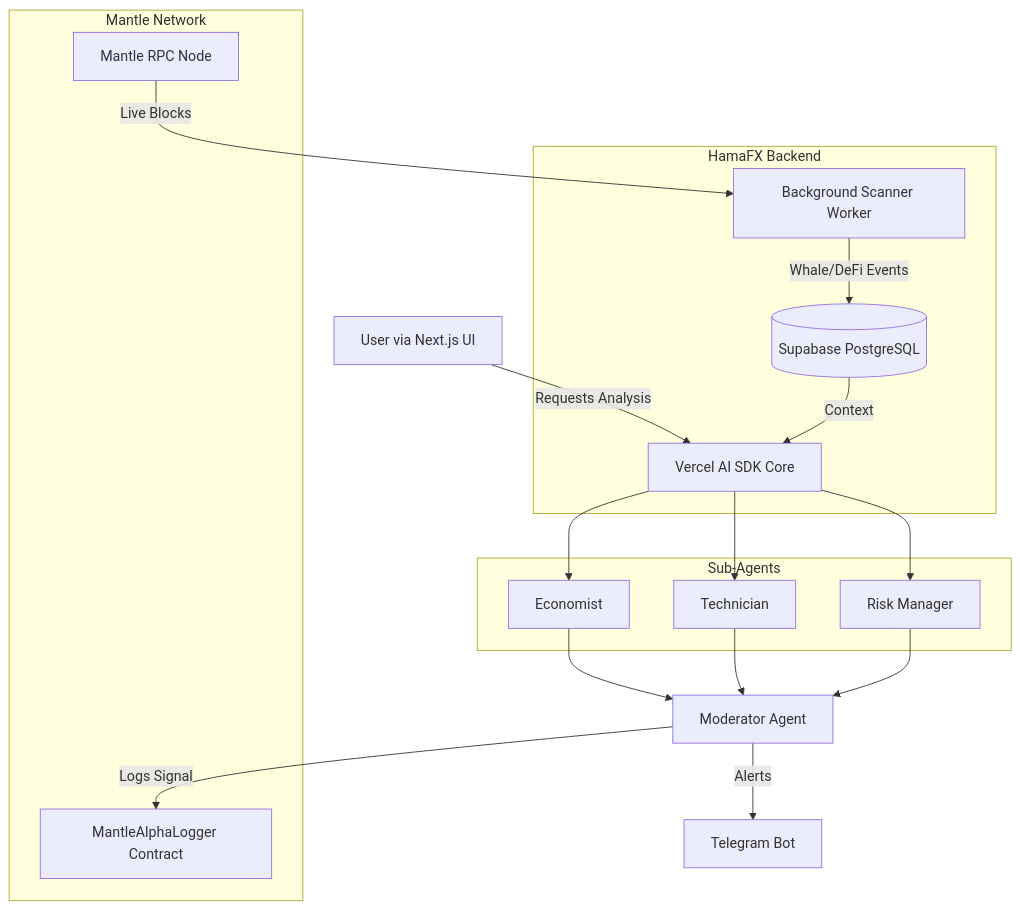
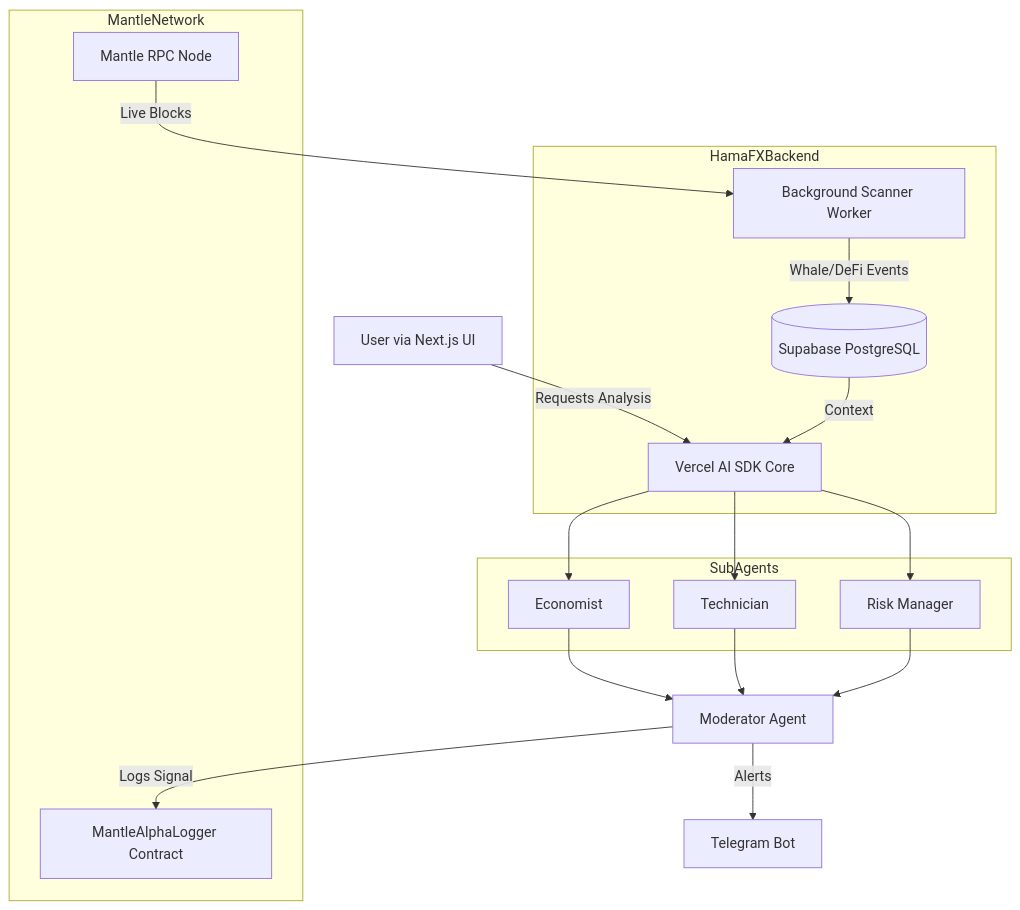
The diagram in README.md (HamaFx/HamaFX-Mantle-Hackathon), drawn with Mermaid before and after one commit. The commit also changed other lines of this file, not shown here.

Commit message:
fix: revert mermaid to standard syntax and restore logo

````diff
--- a/README.md
+++ b/README.md
@@ -48,36 +49,36 @@
 ```mermaid
 graph TD
-    subgraph MantleNetwork ["Mantle Network"]
-        RPC["Mantle RPC Node"]
-        SC["MantleAlphaLogger Contract"]
+    subgraph MantleNetwork
+        RPC[Mantle RPC Node]
+        SC[MantleAlphaLogger Contract]
     end
 
-    subgraph HamaFXBackend ["HamaFX Backend"]
-        Worker["Background Scanner Worker"]
-        DB[("Supabase PostgreSQL")]
-        AI["Vercel AI SDK Core"]
+    subgraph HamaFXBackend
+        Worker[Background Scanner Worker]
+        DB[(Supabase PostgreSQL)]
+        AI[Vercel AI SDK Core]
     end
 
-    subgraph SubAgents ["Sub-Agents"]
-        Econ["Economist"]
-        Tech["Technician"]
-        Risk["Risk Manager"]
+    subgraph SubAgents
+        Econ[Economist]
+        Tech[Technician]
+        Risk[Risk Manager]
     end
 
     RPC -->|Live Blocks| Worker
     Worker -->|Whale/DeFi Events| DB
     
-    User["User via Next.js UI"] -->|Requests Analysis| AI
+    User[User via Next.js UI] -->|Requests Analysis| AI
     DB -->|Context| AI
     
     AI --> Econ
     AI --> Tech
     AI --> Risk
     
-    Econ --> Moderator["Moderator Agent"]
+    Econ --> Moderator[Moderator Agent]
     Tech --> Moderator
     Risk --> Moderator
     
     Moderator -->|Logs Signal| SC
-    Moderator -->|Alerts| Telegram["Telegram Bot"]
+    Moderator -->|Alerts| Telegram[Telegram Bot]
 ```
````
